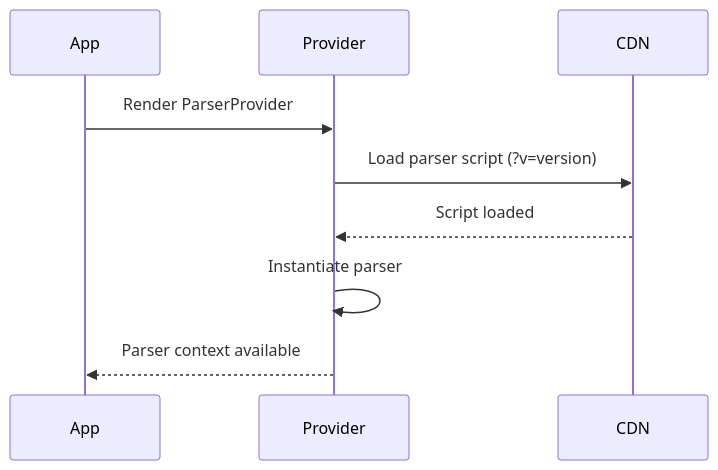
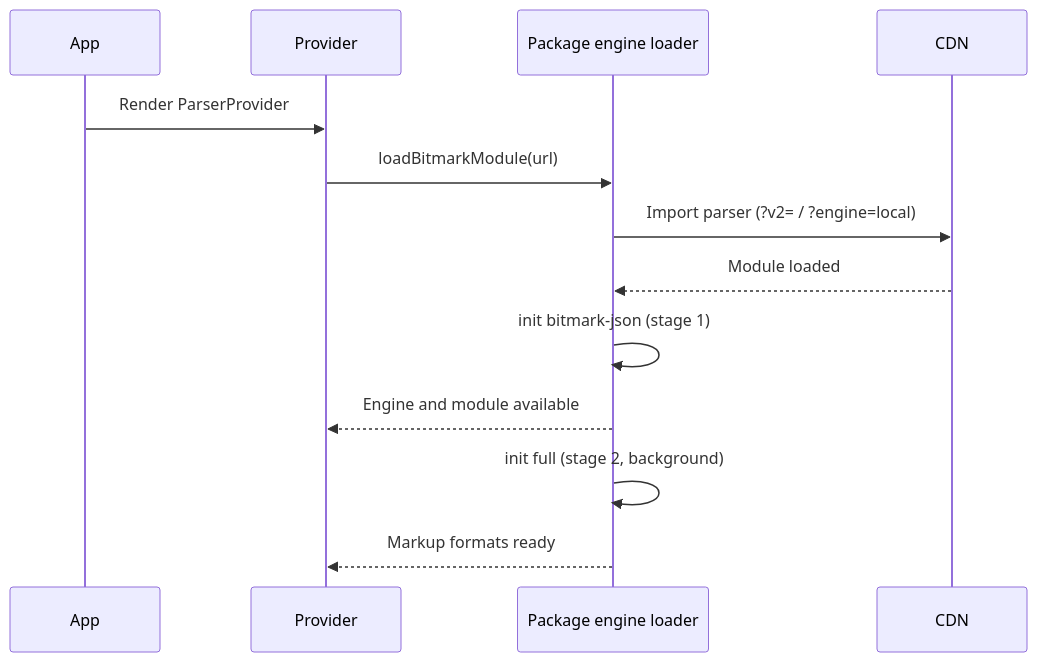
One commit to getMoreBrain/bitmark-playground changed the third of 3 diagrams in .awa/specs/ARCHITECTURE.md. Above: the diagram before and after it, drawn with Mermaid. The commit also changed other lines of this file and 13 other files, not shown here.

Commit message:
docs: package README, ARCHITECTURE update, TypeDoc, hand-off briefs and upstream note (PLAN-021)

````diff
--- a/.awa/specs/ARCHITECTURE.md
+++ b/.awa/specs/ARCHITECTURE.md
@@ -203,12 +237,16 @@
 ```mermaid
 sequenceDiagram
     participant App
     participant Provider
+    participant Engine as Package engine loader
     participant CDN
 
     App->>Provider: Render ParserProvider
-    Provider->>CDN: Load parser script (?v=version)
-    CDN-->>Provider: Script loaded
-    Provider->>Provider: Instantiate parser
-    Provider-->>App: Parser context available
+    Provider->>Engine: loadBitmarkModule(url)
+    Engine->>CDN: Import parser (?v2= / ?engine=local)
+    CDN-->>Engine: Module loaded
+    Engine->>Engine: init bitmark-json (stage 1)
+    Engine-->>Provider: Engine and module available
+    Engine->>Engine: init full (stage 2, background)
+    Engine-->>Provider: Markup formats ready
 ```
````
